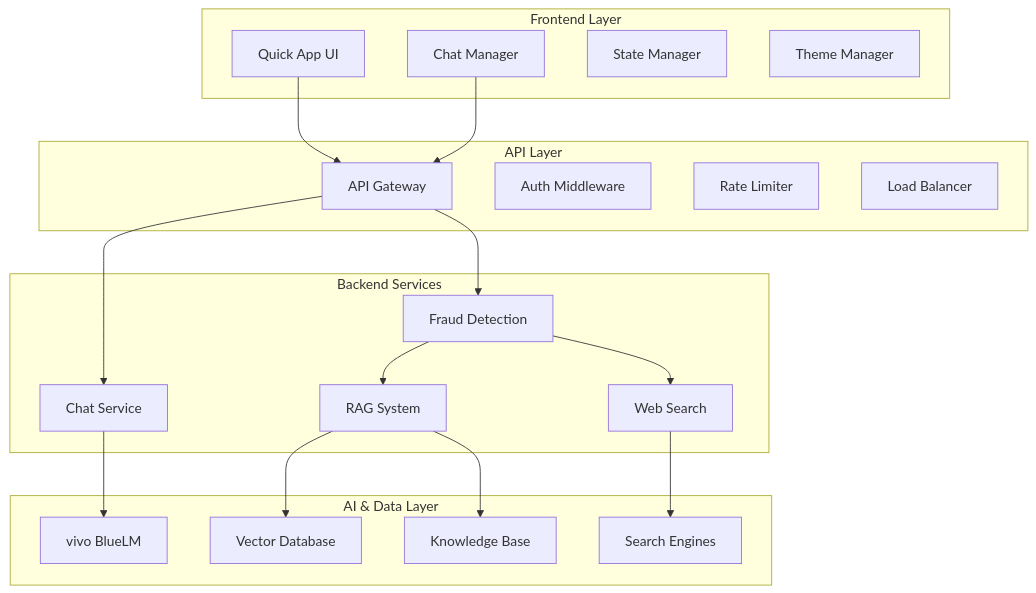
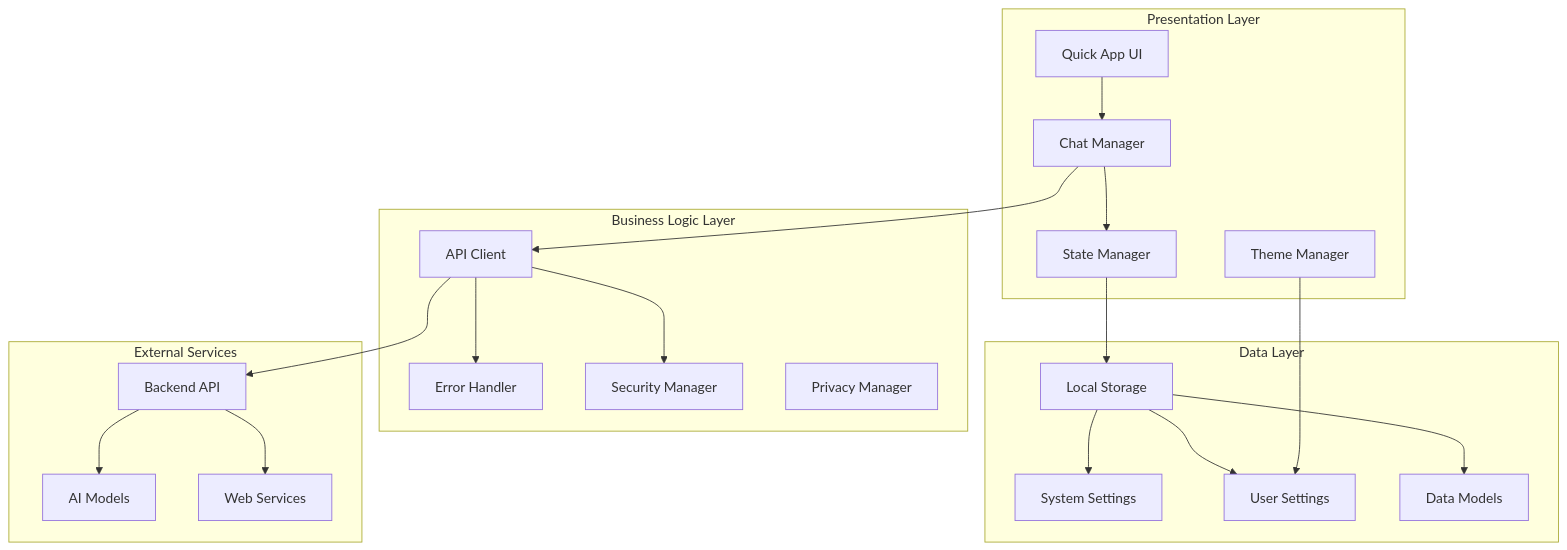
One commit to bluelm-shopguard/shopguard-chatbot changed the diagram in docs/development/architecture.md. Above: the diagram before and after it, drawn with Mermaid. The commit also changed other lines of this file and 1 other file, not shown here.

````diff
--- a/docs/development/architecture.md
+++ b/docs/development/architecture.md
@@ -9,41 +9,43 @@
 ```mermaid
 graph TB
-    subgraph "Frontend Layer"
-        QA[Quick App UI]
+    subgraph "Presentation Layer"
+        UI[Quick App UI]
         CM[Chat Manager]
         SM[State Manager]
         TM[Theme Manager]
     end
     
-    subgraph "API Layer"
-        AG[API Gateway]
-        AM[Auth Middleware]
-        RL[Rate Limiter]
-        LB[Load Balancer]
+    subgraph "Business Logic Layer"
+        AC[API Client]
+        EH[Error Handler]
+        SEC[Security Manager]
+        PM[Privacy Manager]
     end
     
-    subgraph "Backend Services"
-        CS[Chat Service]
-        FD[Fraud Detection]
-        RAG[RAG System]
-        WS[Web Search]
+    subgraph "Data Layer"
+        LS[Local Storage]
+        SS[System Settings]
+        US[User Settings]
+        DM[Data Models]
     end
     
-    subgraph "AI & Data Layer"
-        BL[vivo BlueLM]
-        VDB[Vector Database]
-        KB[Knowledge Base]
-        SE[Search Engines]
+    subgraph "External Services"
+        API[Backend API]
+        AI[AI Models]
+        WS[Web Services]
     end
     
-    QA --> AG
-    CM --> AG
-    AG --> CS
-    AG --> FD
-    CS --> BL
-    FD --> RAG
-    FD --> WS
-    RAG --> VDB
-    RAG --> KB
-    WS --> SE
+    UI --> CM
+    CM --> SM
+    CM --> AC
+    AC --> EH
+    AC --> SEC
+    SM --> LS
+    LS --> SS
+    LS --> US
+    LS --> DM
+    AC --> API
+    API --> AI
+    API --> WS
+    TM --> US
 ```
````
